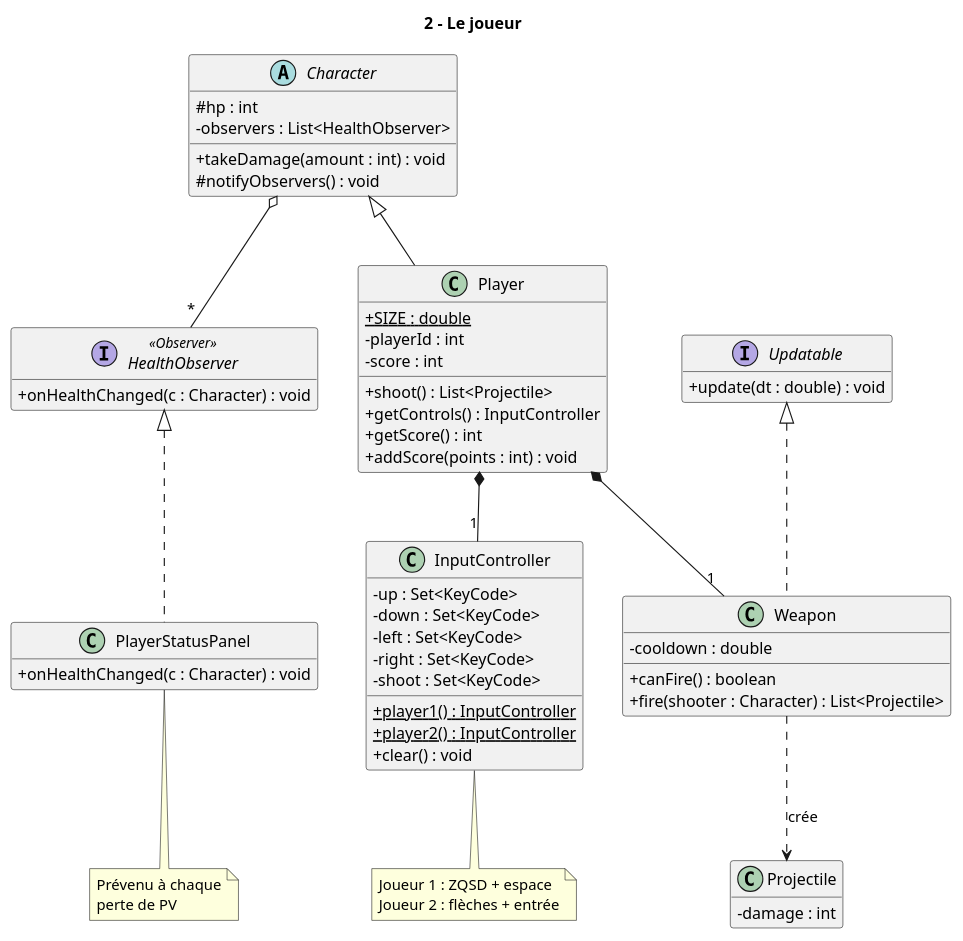
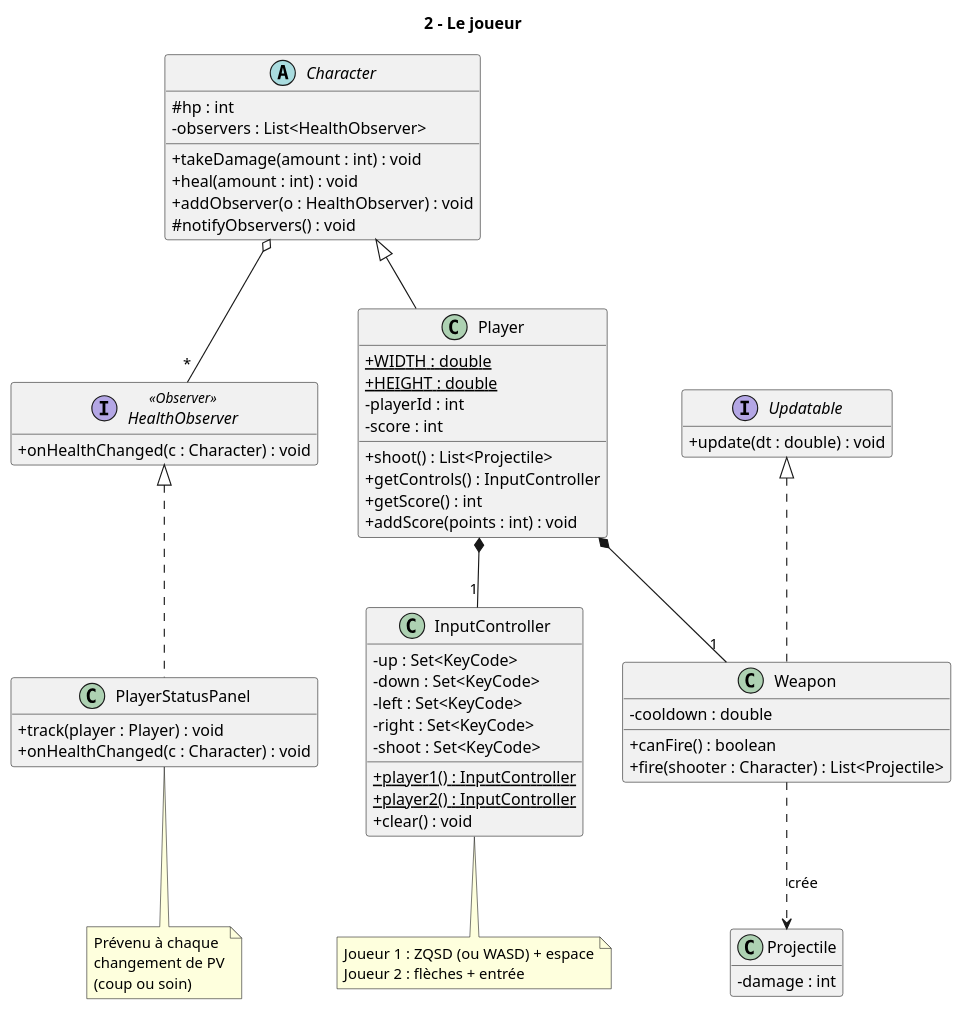
Before and after one commit to MeghCH/2d-Game-Natural-Fatal-IA: the diagram in Docs/Diagrammes/2_joueur.puml, drawn with PlantUML. The commit also changed 9 other files, not shown here.

Commit message:
fix: align UML diagrams with code, fix build and boss phases

```diff
--- a/Docs/Diagrammes/2_joueur.puml
+++ b/Docs/Diagrammes/2_joueur.puml
@@ -1,76 +1,81 @@
 @startuml 2_joueur
 title 2 - Le joueur
 
 skinparam classAttributeIconSize 0
 skinparam shadowing false
 hide empty members
 
 abstract class Character {
   # hp : int
   - observers : List<HealthObserver>
   + takeDamage(amount : int) : void
+  + heal(amount : int) : void
+  + addObserver(o : HealthObserver) : void
   # notifyObservers() : void
 }
 
 class Player {
-  + {static} SIZE : double
+  + {static} WIDTH : double
+  + {static} HEIGHT : double
   - playerId : int
   - score : int
   + shoot() : List<Projectile>
   + getControls() : InputController
   + getScore() : int
   + addScore(points : int) : void
 }
 
 class InputController {
   - up : Set<KeyCode>
   - down : Set<KeyCode>
   - left : Set<KeyCode>
   - right : Set<KeyCode>
   - shoot : Set<KeyCode>
   + {static} player1() : InputController
   + {static} player2() : InputController
   + clear() : void
 }
 
 interface Updatable {
   + update(dt : double) : void
 }
 
 class Weapon {
   - cooldown : double
   + canFire() : boolean
   + fire(shooter : Character) : List<Projectile>
 }
 
 class Projectile {
   - damage : int
 }
 
 interface HealthObserver <<Observer>> {
   + onHealthChanged(c : Character) : void
 }
 
 class PlayerStatusPanel {
+  + track(player : Player) : void
   + onHealthChanged(c : Character) : void
 }
 
 Character <|-- Player
 Player *-- "1" InputController
 Player *-- "1" Weapon
 Weapon ..> Projectile : crée
 Updatable <|.. Weapon
 Character o-- "*" HealthObserver
 HealthObserver <|.. PlayerStatusPanel
 
 note bottom of InputController
-  Joueur 1 : ZQSD + espace
+  Joueur 1 : ZQSD (ou WASD) + espace
   Joueur 2 : flèches + entrée
 end note
 
 note bottom of PlayerStatusPanel
   Prévenu à chaque
-  perte de PV
+  changement de PV
+  (coup ou soin)
 end note
 
 @enduml
```
